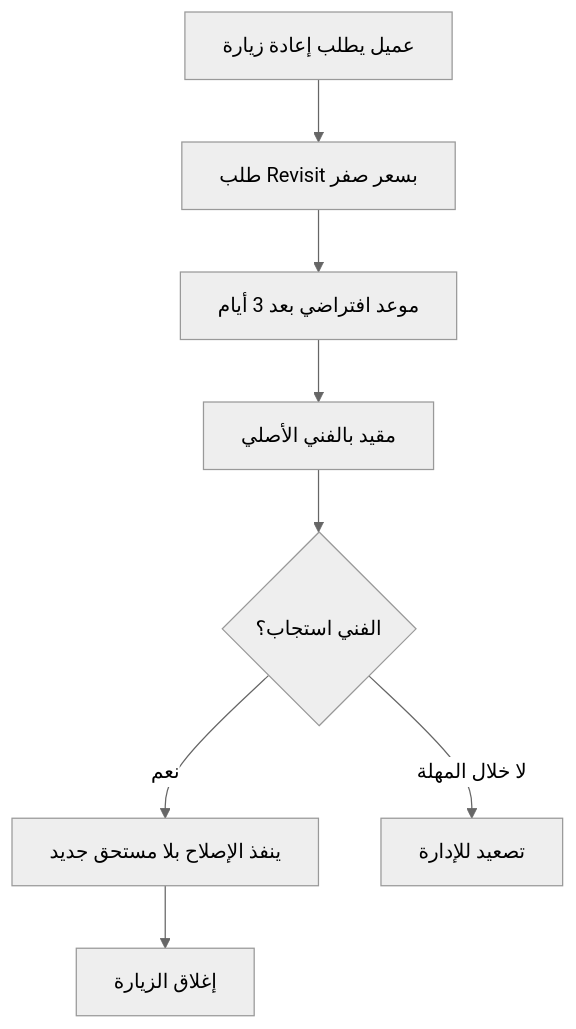
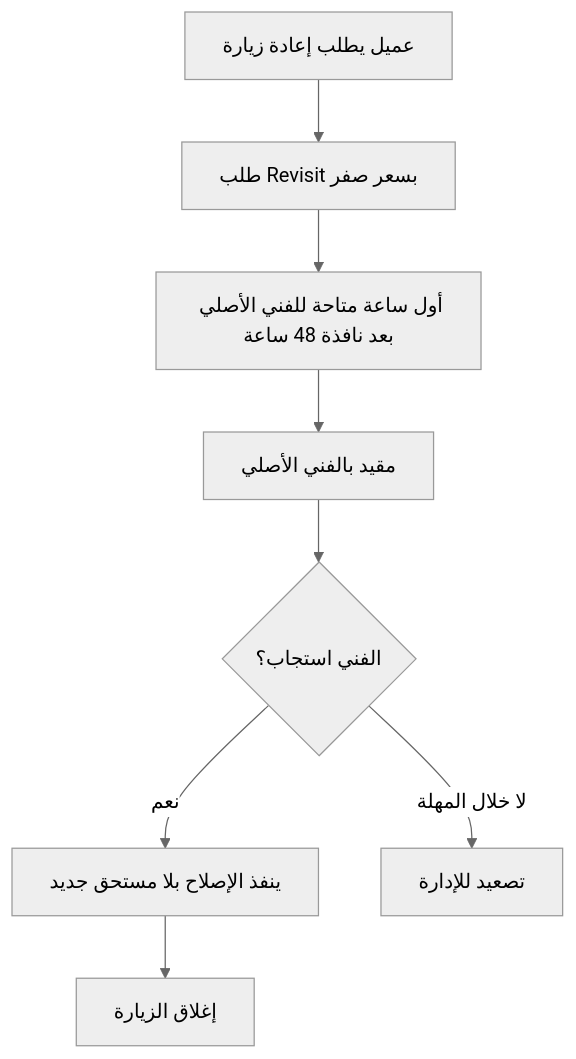
Before and after one commit to youssefelsane-hash/portalSp: the fourth of 4 diagrams in docs/24-payment-flow-bpmn-and-ledger.md, drawn with Mermaid (neutral theme). The commit also changed other lines of this file and 10 other files, not shown here.

````diff
--- a/docs/24-payment-flow-bpmn-and-ledger.md
+++ b/docs/24-payment-flow-bpmn-and-ledger.md
@@ -132,10 +132,10 @@
 ```mermaid
 flowchart TD
   A[عميل يطلب إعادة زيارة] --> B[طلب Revisit بسعر صفر]
-  B --> C[موعد افتراضي بعد 3 أيام]
+  B --> C[أول ساعة متاحة للفني الأصلي بعد نافذة 48 ساعة]
   C --> D[مقيد بالفني الأصلي]
   D --> E{الفني استجاب؟}
   E -->|نعم| F[ينفذ الإصلاح بلا مستحق جديد]
   E -->|لا خلال المهلة| G[تصعيد للإدارة]
   F --> H[إغلاق الزيارة]
 ```
````
